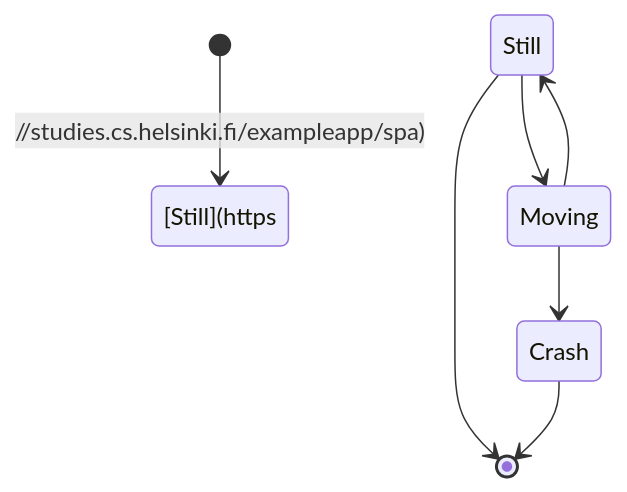
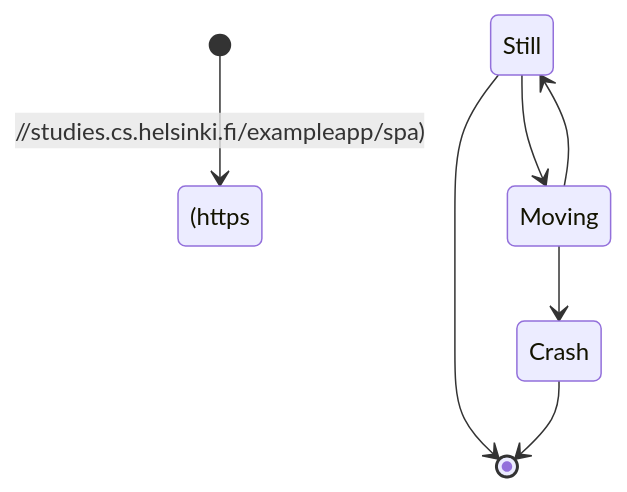
The diagram in Exercise05.md (Blaez-maker/Submissions), drawn with Mermaid before and after one commit.

````diff
--- a/Exercise05.md
+++ b/Exercise05.md
@@ -1,10 +1,10 @@
 ```mermaid
 stateDiagram
-    [*] --> [Still](https://studies.cs.helsinki.fi/exampleapp/spa)
+    [*] --> (https://studies.cs.helsinki.fi/exampleapp/spa)
     Still --> [*]
 
     Still --> Moving
     Moving --> Still
     Moving --> Crash
     Crash --> [*]
 ```
````
